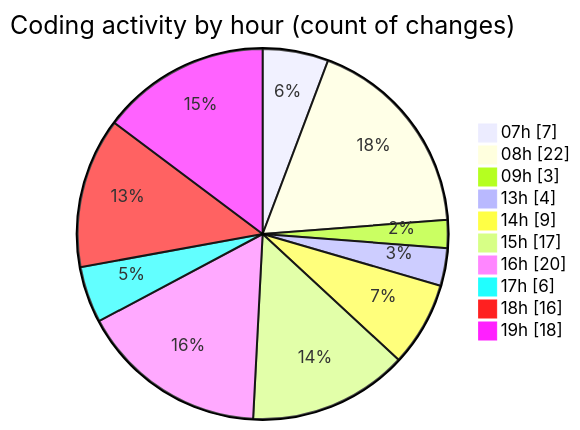
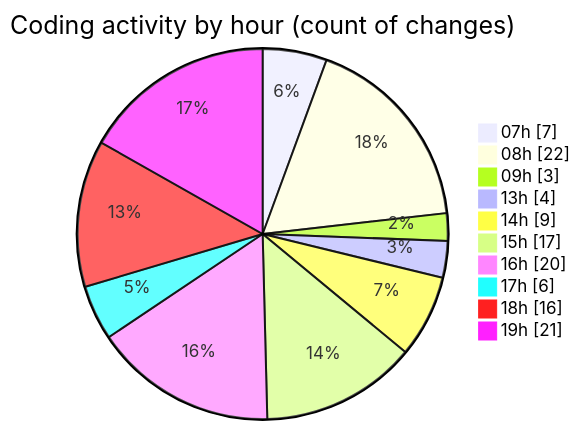
Before and after one commit to Elitesun/code-tracking: the second of 2 diagrams in 2025-05-04/niten/README.md, drawn with Mermaid. The commit also changed other lines of this file and 1 other file, not shown here.

````diff
--- a/2025-05-04/niten/README.md
+++ b/2025-05-04/niten/README.md
@@ -62,14 +62,14 @@
 ```mermaid
 pie showData
 title Coding activity by hour (count of changes)
 "07h" : 7
 "08h" : 22
 "09h" : 3
 "13h" : 4
 "14h" : 9
 "15h" : 17
 "16h" : 20
 "17h" : 6
 "18h" : 16
-"19h" : 18
+"19h" : 21
 ```
````
